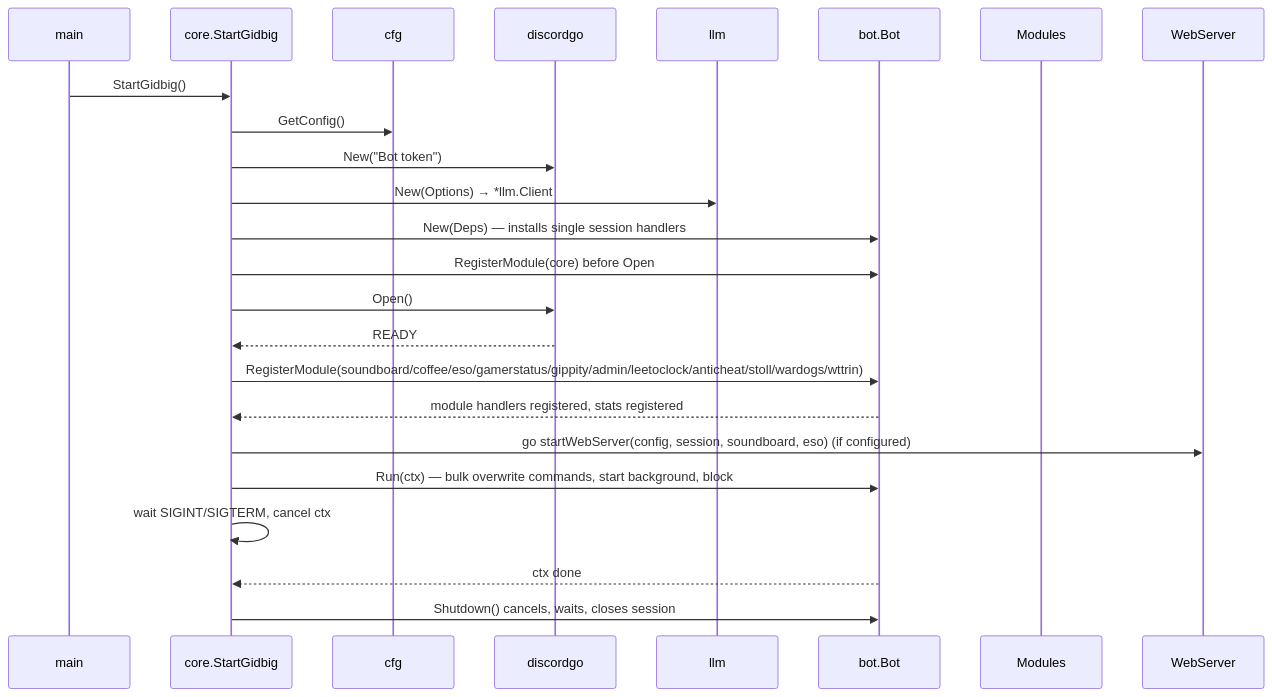
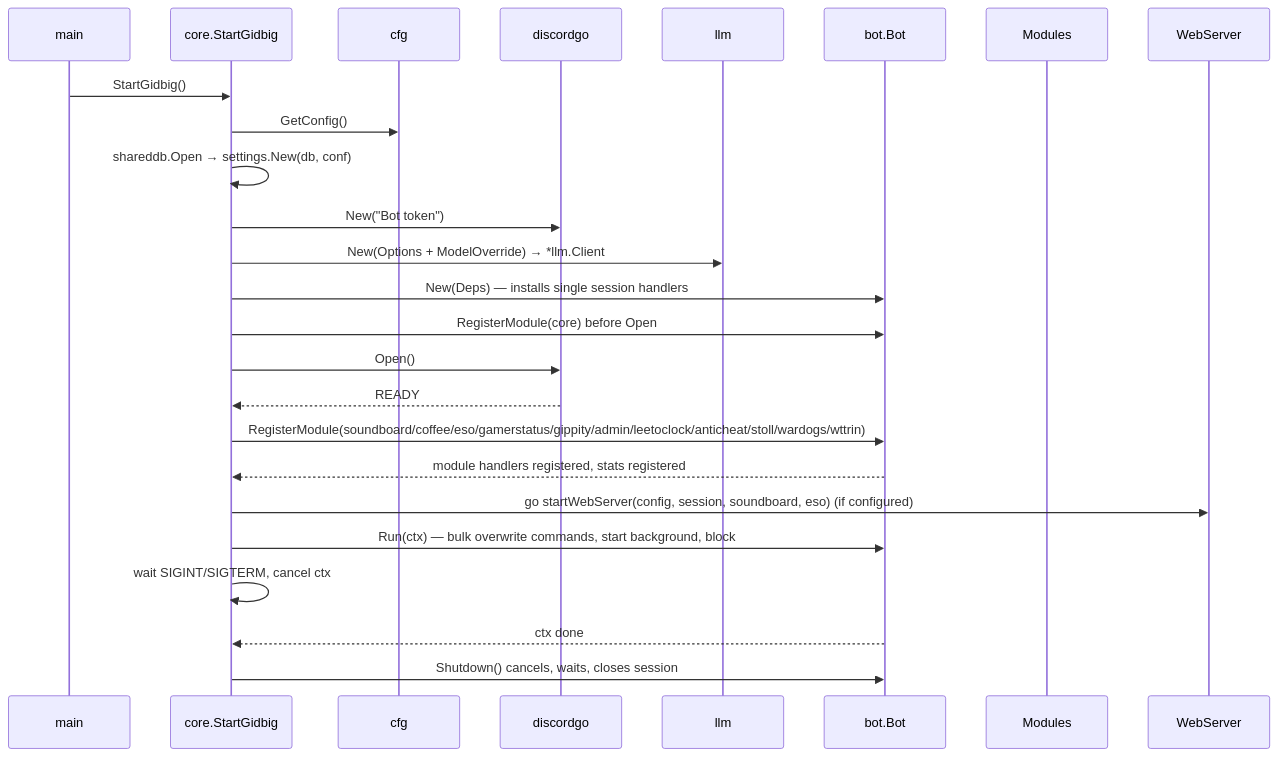
Before and after one commit to toksikk/gidbig: the diagram in docs/modules/core.md, drawn with Mermaid. The commit also changed other lines of this file and 36 other files, not shown here.

````diff
--- a/docs/modules/core.md
+++ b/docs/modules/core.md
@@ -25,27 +25,28 @@
 ```mermaid
 sequenceDiagram
     participant main
     participant core as core.StartGidbig
     participant cfg
     participant dg as discordgo
     participant llm
     participant bot as bot.Bot
     participant mod as Modules
     participant web as WebServer
 
     main->>core: StartGidbig()
     core->>cfg: GetConfig()
+    core->>core: shareddb.Open → settings.New(db, conf)
     core->>dg: New("Bot token")
-    core->>llm: New(Options) → *llm.Client
+    core->>llm: New(Options + ModelOverride) → *llm.Client
     core->>bot: New(Deps) — installs single session handlers
     core->>bot: RegisterModule(core) before Open
     core->>dg: Open()
     dg-->>core: READY
     core->>bot: RegisterModule(soundboard/coffee/eso/gamerstatus/gippity/admin/leetoclock/anticheat/stoll/wardogs/wttrin)
     bot-->>core: module handlers registered, stats registered
     core->>web: go startWebServer(config, session, soundboard, eso) (if configured)
     core->>bot: Run(ctx) — bulk overwrite commands, start background, block
     core->>core: wait SIGINT/SIGTERM, cancel ctx
     bot-->>core: ctx done
     core->>bot: Shutdown() cancels, waits, closes session
 ```
````
